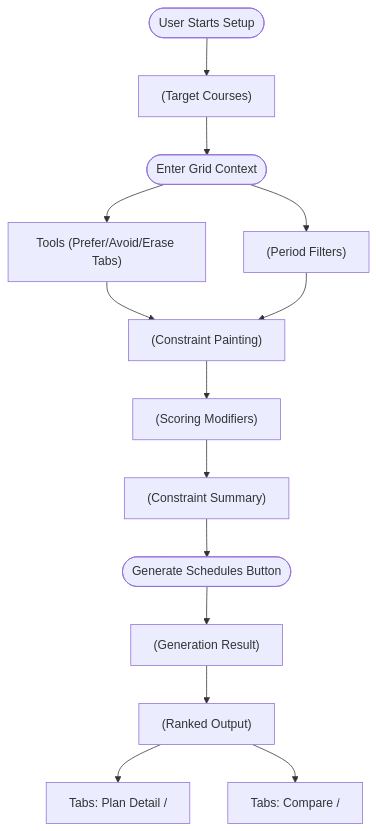
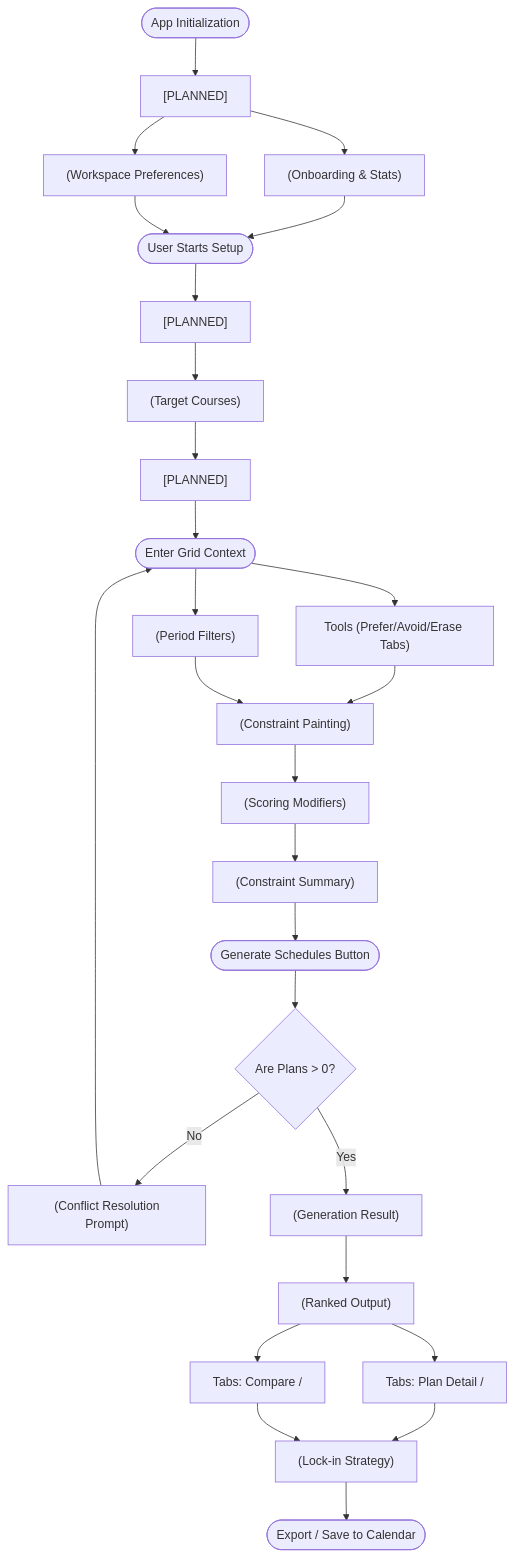
The diagram in docs/flow.md (QuangNguyenNgoc/Portal-helper-web), drawn with Mermaid before and after one commit. The commit also changed other lines of this file, not shown here.

Commit message:
docs: update all case about flow

````diff
--- a/docs/flow.md
+++ b/docs/flow.md
@@ -3,23 +3,44 @@
 ```mermaid
 flowchart TD
+    %% Phase 0: Global Config & Onboarding
+    ConfigStart([App Initialization]) --> AuthSync["<Auth & Sync Flow> [PLANNED]"]
+    AuthSync --> Dashboard["<DashboardView /> (Onboarding & Stats)"]
+    AuthSync --> Settings["<SettingsView /> (Workspace Preferences)"]
+    Dashboard --> InputStart([User Starts Setup])
+    Settings --> InputStart
+
     %% Phase 1: Input
-    InputStart([User Starts Setup]) --> CourseCard["<CourseCard /> (Target Courses)"]
+    InputStart --> CourseSearch["<CourseSearchModal /> [PLANNED]"]
+    CourseSearch --> CourseCard["<CourseCard /> (Target Courses)"]
+    CourseCard --> SectionPin["<SectionPinToggle /> [PLANNED]"]
     
     %% Phase 2: Constraint Canvas
-    CourseCard --> CanvasStart([Enter Grid Context])
+    SectionPin --> CanvasStart([Enter Grid Context])
     CanvasStart --> GridTools["Tools (Prefer/Avoid/Erase Tabs)"]
     CanvasStart --> LabToggle["<LabToggle /> (Period Filters)"]
     GridTools --> WeeklyGrid["<WeeklyPeriodGrid /> (Constraint Painting)"]
     LabToggle --> WeeklyGrid
     
     %% Phase 3: Modifiers & Execution
     WeeklyGrid --> PrefCard["<BuilderPreferenceCard /> (Scoring Modifiers)"]
     PrefCard --> RightRail["<RightRail /> (Constraint Summary)"]
     RightRail --> GenerateBtn([Generate Schedules Button])
     
-    %% Phase 4: Review & Decision
-    GenerateBtn --> StatusBanner["<StatusBanner /> (Generation Result)"]    
+    %% Phase 4: Review & Decision (with Fallback)
+    GenerateBtn --> Validation{"Are Plans > 0?"}
+    
+    %% Edge Case: Zero Plans
+    Validation -- No --> EmptyState["<EmptyState /> (Conflict Resolution Prompt)"]
+    EmptyState --> CanvasStart
+    
+    %% Happy Path
+    Validation -- Yes --> StatusBanner["<StatusBanner /> (Generation Result)"]    
     StatusBanner --> PlanList["<PlanList /> (Ranked Output)"]
     PlanList --> PlanDetail["Tabs: Plan Detail / <ScoreBar />"]
     PlanList --> PlanCompare["Tabs: Compare / <PlanComparisonTable />"]
+    
+    %% Phase 5: Post-Decision
+    PlanDetail --> DecisionSummary["<DecisionSummary /> (Lock-in Strategy)"]
+    PlanCompare --> DecisionSummary
+    DecisionSummary --> ExportAction([Export / Save to Calendar])
 ```
````
